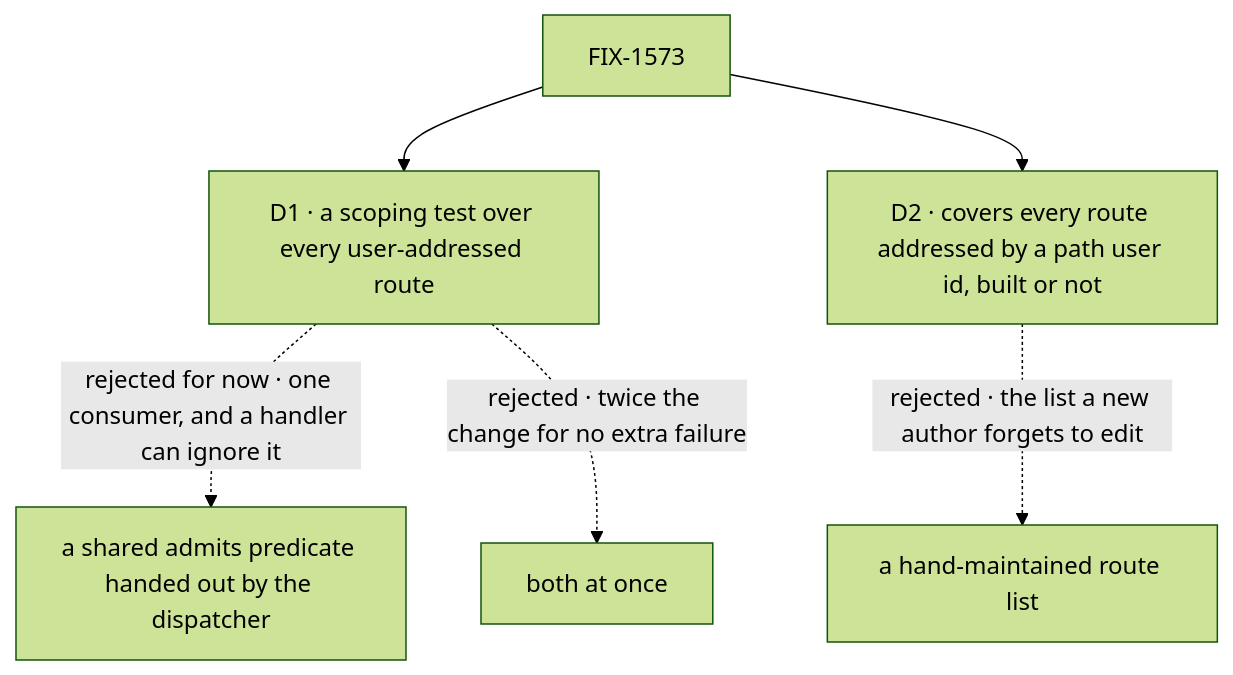
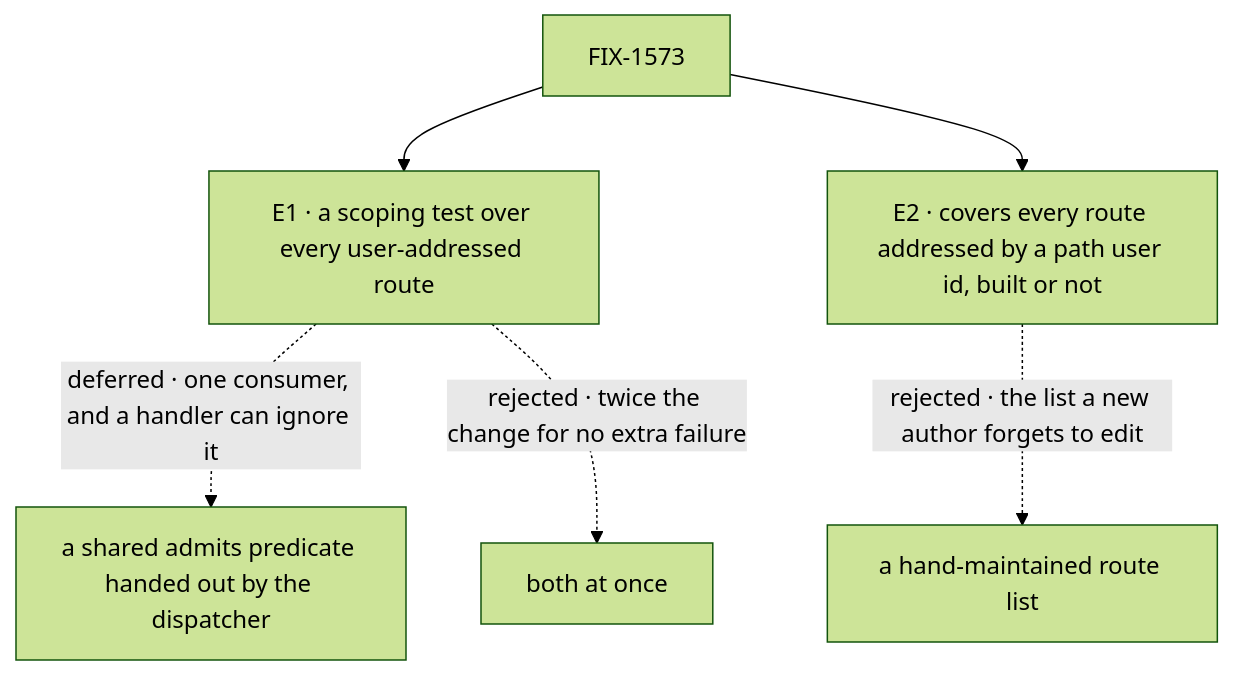
Before and after one commit to fixpoint-labs/flow-state-dev: the diagram in specs/issues/FIX-1573/DECISIONS.md, drawn with Mermaid (forest theme). The commit also changed other lines of this file and 5 other files, not shown here.

````diff
--- a/specs/issues/FIX-1573/DECISIONS.md
+++ b/specs/issues/FIX-1573/DECISIONS.md
@@ -10,8 +13,8 @@
 ```mermaid
 flowchart TD
-  I["FIX-1573"] --> D1["D1 · a scoping test over every user-addressed route"]
-  D1 -.->|"rejected for now · one consumer, and a handler can ignore it"| X1["a shared admits predicate handed out by the dispatcher"]
-  D1 -.->|"rejected · twice the change for no extra failure"| X2["both at once"]
-  I --> D2["D2 · covers every route addressed by a path user id, built or not"]
-  D2 -.->|"rejected · the list a new author forgets to edit"| X3["a hand-maintained route list"]
+  I["FIX-1573"] --> E1["E1 · a scoping test over every user-addressed route"]
+  E1 -.->|"deferred · one consumer, and a handler can ignore it"| X1["a shared admits predicate handed out by the dispatcher"]
+  E1 -.->|"rejected · twice the change for no extra failure"| X2["both at once"]
+  I --> E2["E2 · covers every route addressed by a path user id, built or not"]
+  E2 -.->|"rejected · the list a new author forgets to edit"| X3["a hand-maintained route list"]
 ```
````
